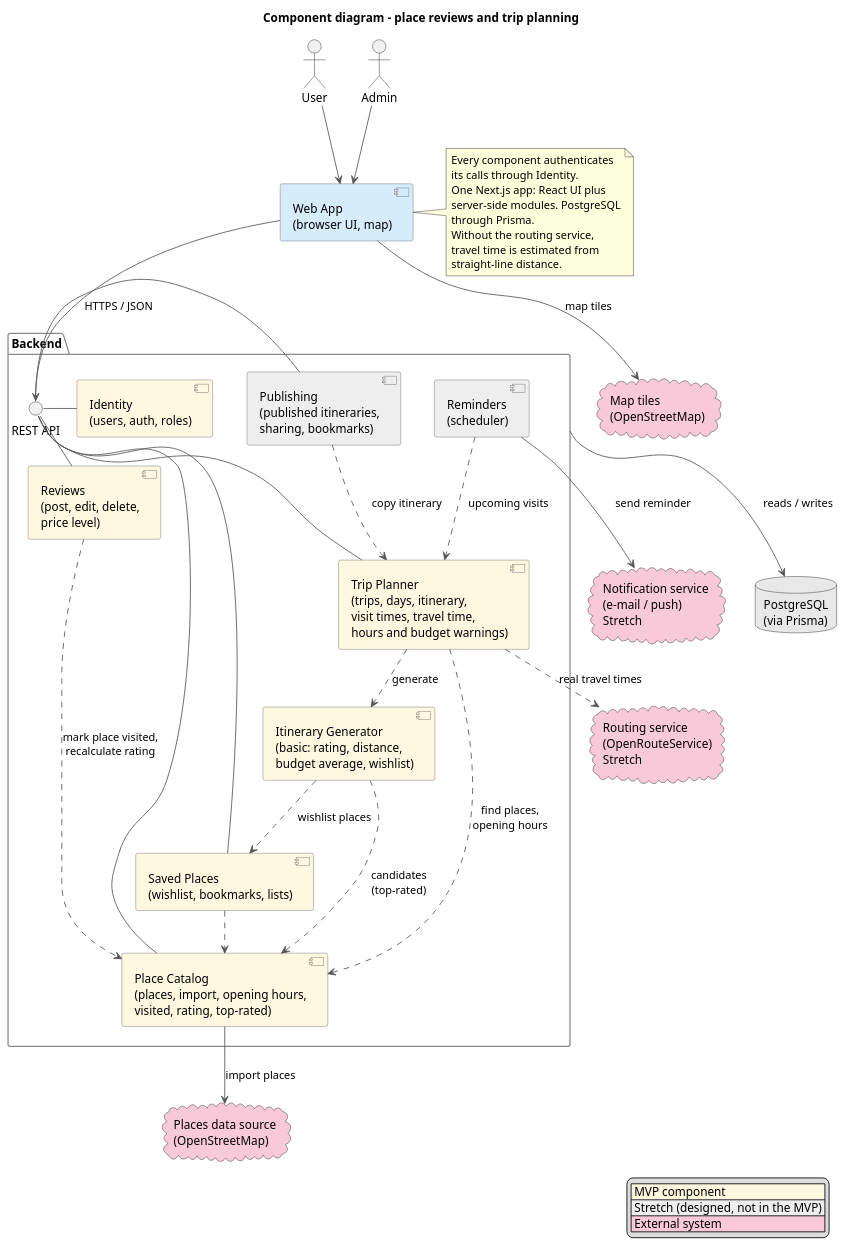
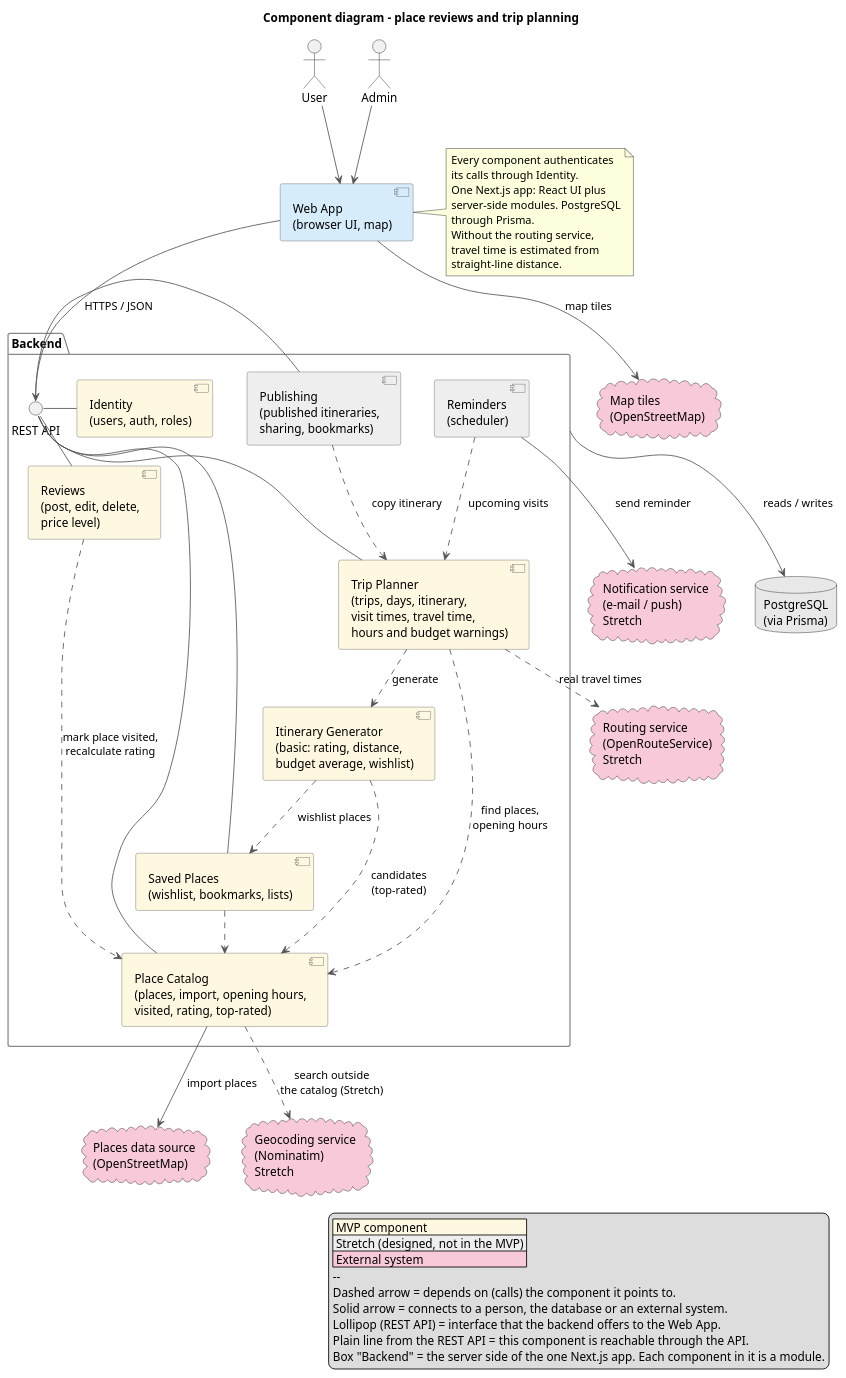
One commit to MESW-LES-2627/les-project-group-7 changed the diagram in docs/design/component-diagram.puml. Above: the diagram before and after it, drawn with PlantUML. The commit also changed 9 other files, not shown here.

```diff
--- a/docs/design/component-diagram.puml
+++ b/docs/design/component-diagram.puml
@@ -1,83 +1,92 @@
 @startuml component-diagram
 title Component diagram – place reviews and trip planning
 skinparam shadowing false
 skinparam componentStyle uml2
 skinparam nodesep 40
 skinparam ranksep 50
 skinparam ArrowColor #555555
 skinparam component {
   BackgroundColor #FFF8E1
   BorderColor #666666
 }
 skinparam package {
   BorderColor #888888
 }
 
 legend right
   |<#FFF8E1> MVP component |
   |<#EEEEEE> Stretch (designed, not in the MVP) |
   |<#F8C9D8> External system |
+  --
+  Dashed arrow = depends on (calls) the component it points to.
+  Solid arrow = connects to a person, the database or an external system.
+  Lollipop (REST API) = interface that the backend offers to the Web App.
+  Plain line from the REST API = this component is reachable through the API.
+  Box "Backend" = the server side of the one Next.js app. Each component in it is a module.
 endlegend
 
 actor "User" as user
 actor "Admin" as admin
 
 component "Web App\n(browser UI, map)" as web #D6ECFA
 
 package "Backend" as backend {
   interface "REST API" as api
 
   component "Identity\n(users, auth, roles)" as identity
   component "Place Catalog\n(places, import, opening hours,\nvisited, rating, top-rated)" as catalog
   component "Reviews\n(post, edit, delete,\nprice level)" as reviews
   component "Saved Places\n(wishlist, bookmarks, lists)" as saved
   component "Trip Planner\n(trips, days, itinerary,\nvisit times, travel time,\nhours and budget warnings)" as planner
   component "Itinerary Generator\n(basic: rating, distance,\nbudget average, wishlist)" as generator
   component "Publishing\n(published itineraries,\nsharing, bookmarks)" as publishing #EEEEEE
   component "Reminders\n(scheduler)" as reminders #EEEEEE
 }
 
 database "PostgreSQL\n(via Prisma)" as db #E8E8E8
 
 cloud "Places data source\n(OpenStreetMap)" as places #F8C9D8
 cloud "Map tiles\n(OpenStreetMap)" as tiles #F8C9D8
 cloud "Routing service\n(OpenRouteService)\nStretch" as routing #F8C9D8
+cloud "Geocoding service\n(Nominatim)\nStretch" as geocoding #F8C9D8
 cloud "Notification service\n(e-mail / push)\nStretch" as notif #F8C9D8
 
 user --> web
 admin --> web
 web --> api : HTTPS / JSON
 web --> tiles : map tiles
 api - identity
 api - catalog
 api - reviews
 api - saved
 api - planner
 api - publishing
 
 reviews ..> catalog : mark place visited,\nrecalculate rating
 saved ..> catalog
 planner ..> catalog : find places,\nopening hours
 planner ..> generator : generate
 generator ..> catalog : candidates\n(top-rated)
 generator ..> saved : wishlist places
 publishing ..> planner : copy itinerary
 reminders ..> planner : upcoming visits
 
 catalog --> places : import places
+catalog ..> geocoding : search outside\nthe catalog (Stretch)
 planner ..> routing : real travel times
 reminders --> notif : send reminder
+
 
 backend --> db : reads / writes
 
 note right of web
   Every component authenticates
   its calls through Identity.
   One Next.js app: React UI plus
   server-side modules. PostgreSQL
   through Prisma.
   Without the routing service,
   travel time is estimated from
   straight-line distance.
 end note
 @enduml
```
